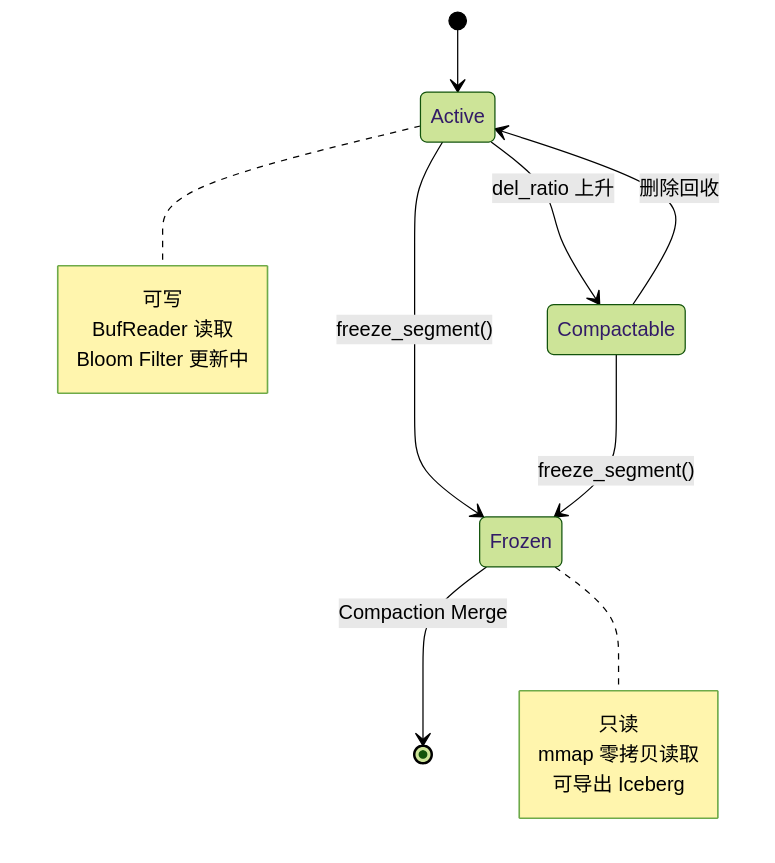
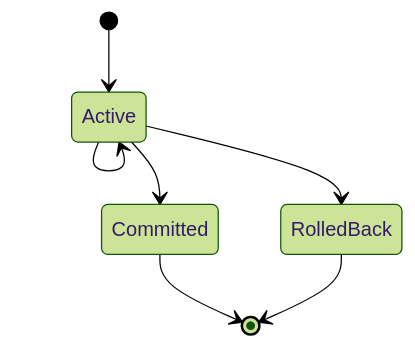
Diagram 11 of 39 in README.md (qianzii2/rockduck), drawn with Mermaid (forest theme) before and after one commit. The commit also changed other lines of this file and 8 other files, not shown here.

````diff
--- a/README.md
+++ b/README.md
@@ -294,21 +312,9 @@
 ```mermaid
 stateDiagram-v2
     [*] --> Active
-    Active --> Compactable : del_ratio 上升
-    Active --> Frozen : freeze_segment()
-    Compactable --> Active : 删除回收
-    Compactable --> Frozen : freeze_segment()
-    Frozen --> [*] : Compaction Merge
-
-    note right of Active
-        可写
-        BufReader 读取
-        Bloom Filter 更新中
-    end note
-
-    note right of Frozen
-        只读
-        mmap 零拷贝读取
-        可导出 Iceberg
-    end note
+    Active --> Active
+    Active --> Committed
+    Active --> RolledBack
+    Committed --> [*]
+    RolledBack --> [*]
 ```
````
